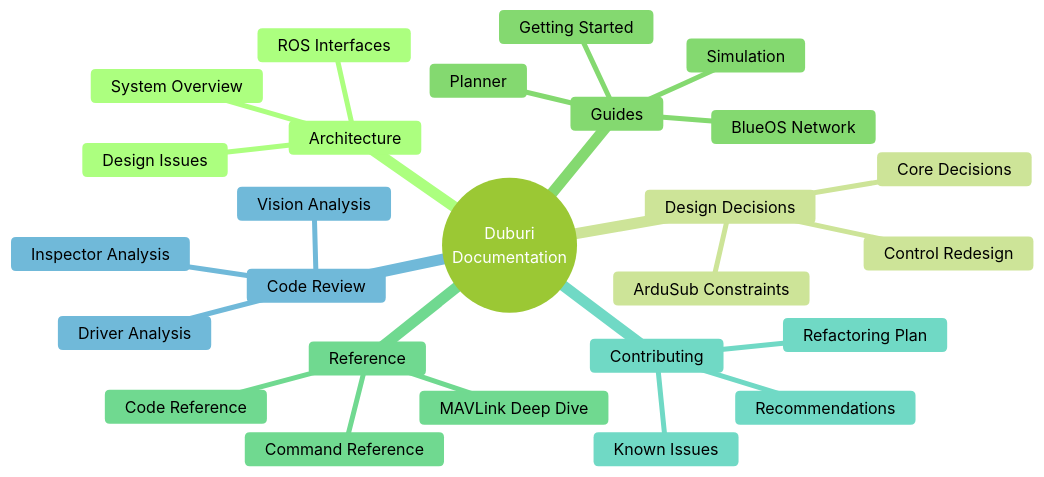
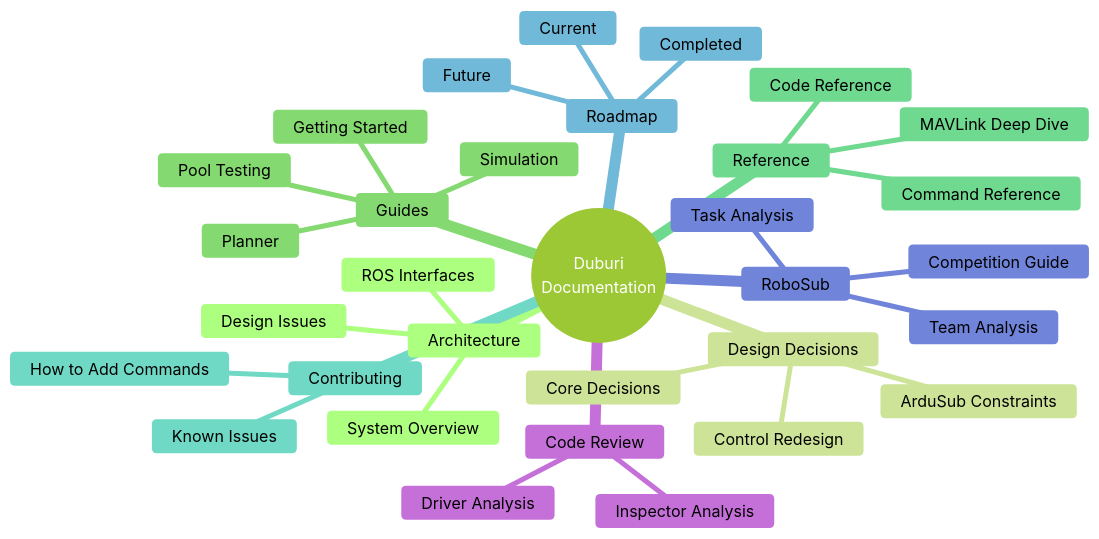
The diagram in analysis/README.md (fh1m/duburi-codebase), drawn with Mermaid (forest theme) before and after one commit. The commit also changed other lines of this file and 23 other files, not shown here.

````diff
--- a/analysis/README.md
+++ b/analysis/README.md
@@ -7,29 +7,35 @@
 ```mermaid
 mindmap
   root((Duburi<br/>Documentation))
     Architecture
       System Overview
       ROS Interfaces
       Design Issues
     Design Decisions
       Core Decisions
       Control Redesign
       ArduSub Constraints
     Guides
       Getting Started
       Simulation
-      BlueOS Network
+      Pool Testing
       Planner
     Reference
       Command Reference
       Code Reference
       MAVLink Deep Dive
     Contributing
       Known Issues
-      Recommendations
-      Refactoring Plan
+      How to Add Commands
+    Roadmap
+      Completed
+      Current
+      Future
+    RoboSub
+      Competition Guide
+      Task Analysis
+      Team Analysis
     Code Review
       Inspector Analysis
       Driver Analysis
-      Vision Analysis
 ```
````
